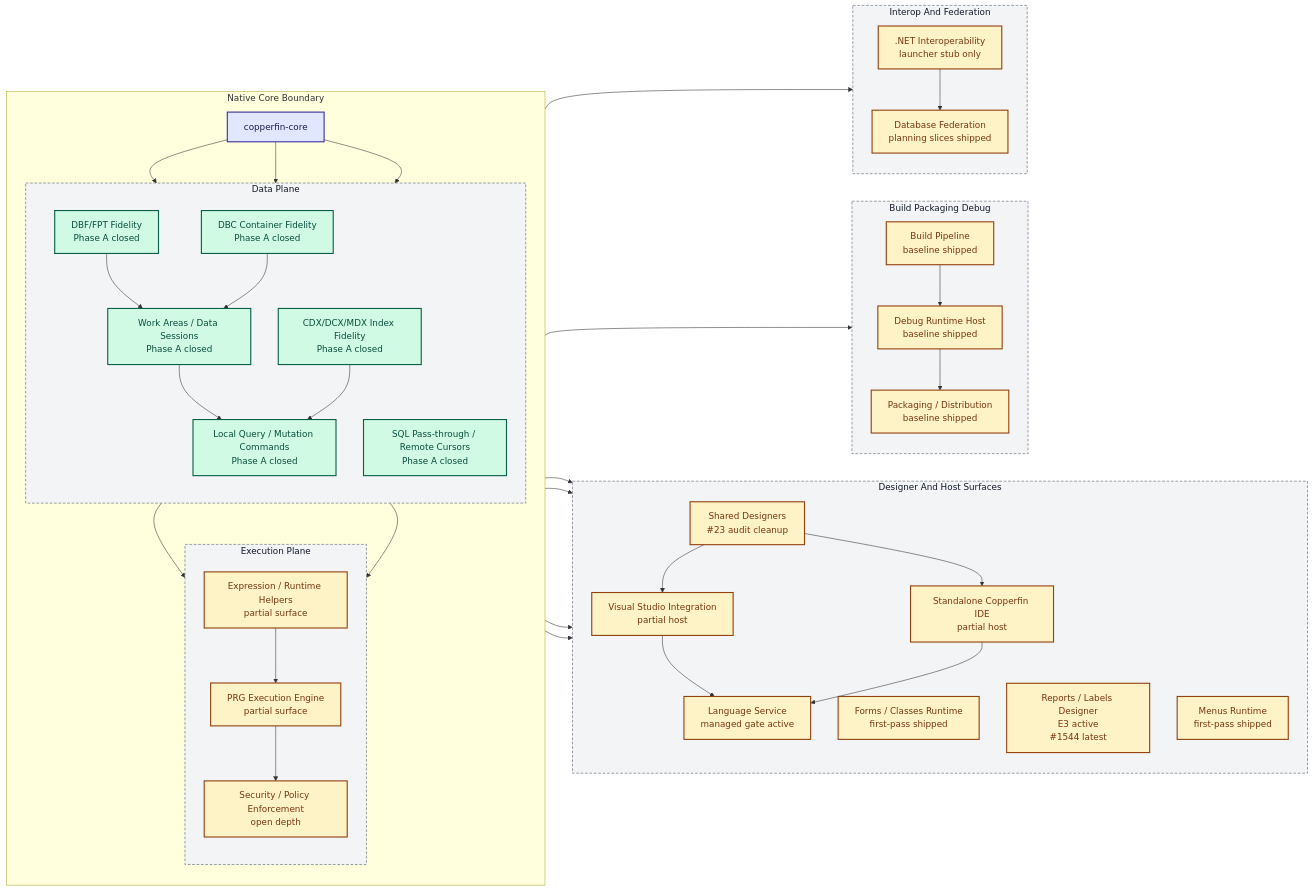
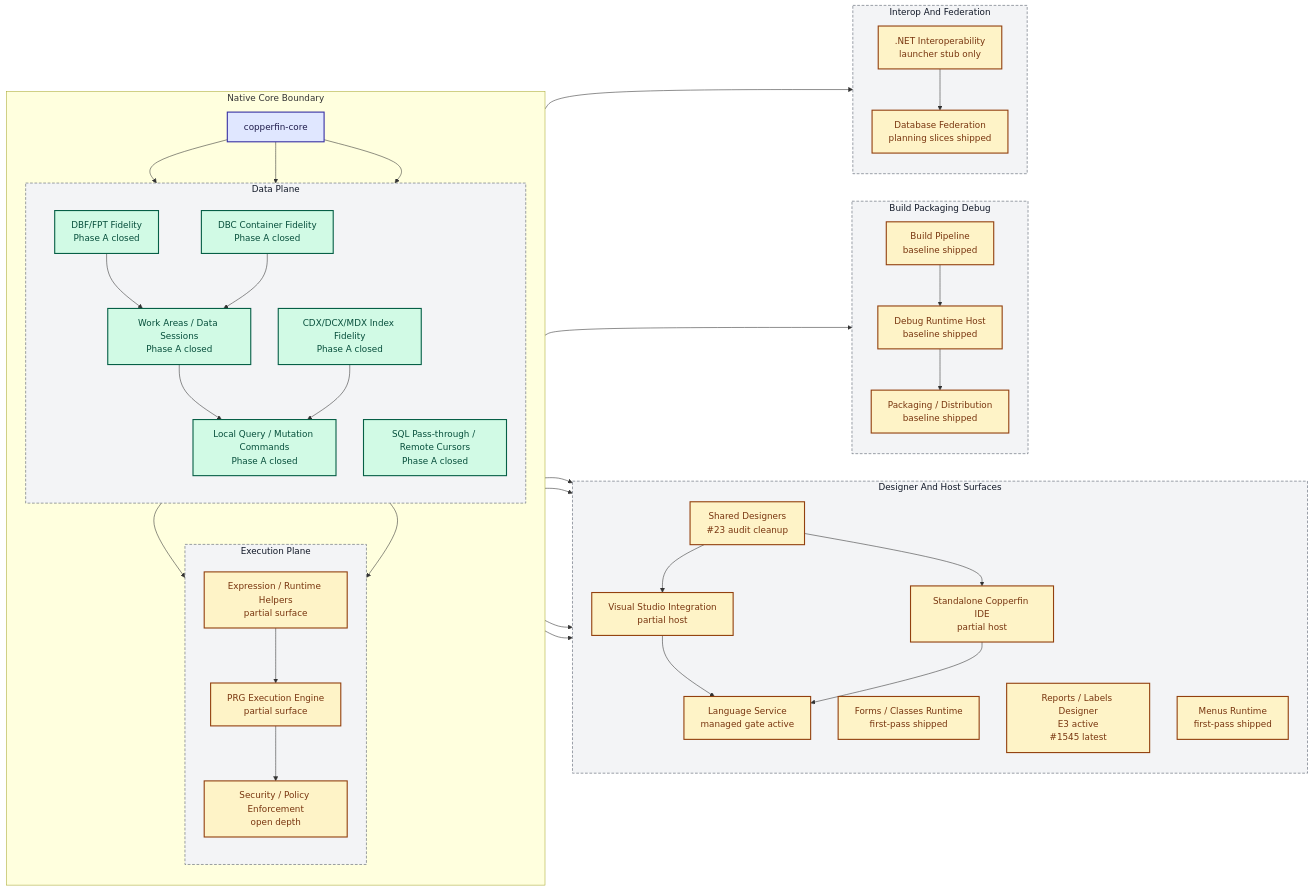
One commit to rhamenator/Project-Copperfin changed the diagram in docs/02-architecture.md. Above: the diagram before and after it, drawn with Mermaid. The commit also changed 8 other files, not shown here.

```diff
--- a/docs/02-architecture.md
+++ b/docs/02-architecture.md
@@ -36,7 +36,7 @@
         direction TB
         DES["Shared Designers<br/>#23 audit cleanup"]
         FORMS["Forms / Classes Runtime<br/>first-pass shipped"]
-        RPT["Reports / Labels Designer<br/>E3 active<br/>#1544 latest"]
+        RPT["Reports / Labels Designer<br/>E3 active<br/>#1545 latest"]
         MENU["Menus Runtime<br/>first-pass shipped"]
         VS["Visual Studio Integration<br/>partial host"]
         IDE["Standalone Copperfin IDE<br/>partial host"]
```
